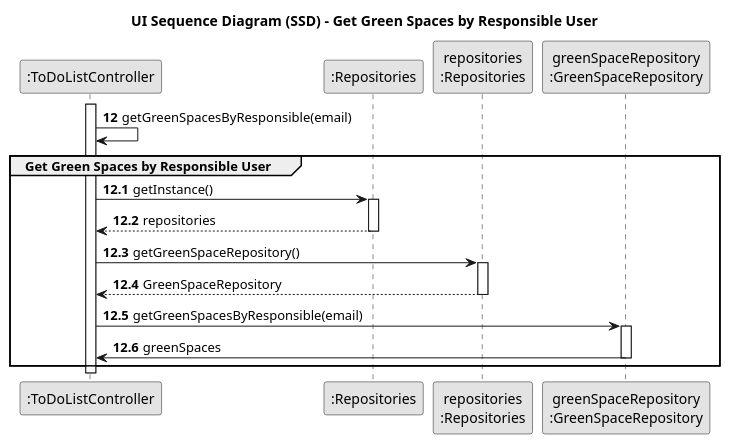
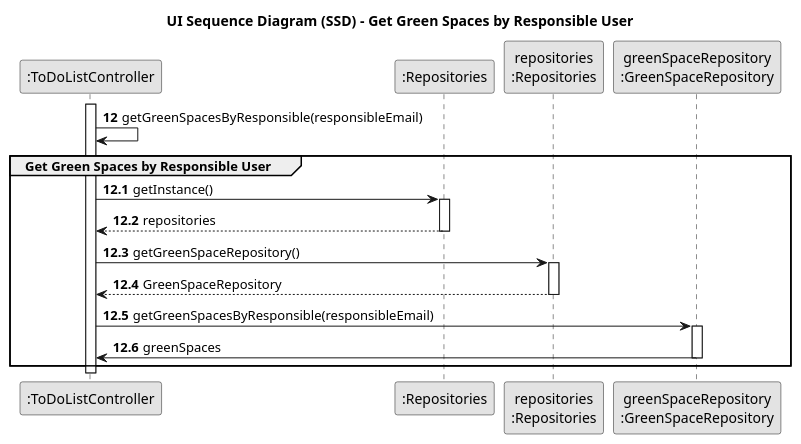
One commit to SAEmanuel/Green_Spaces_Management_ISEP changed the diagram in docs/sprintC/us021/03.design/puml/us021-sequence-diagram-partial-get-green-spaces-by-responsible.puml. Above: the diagram before and after it, drawn with PlantUML. The commit also changed 7 other files, not shown here.

```diff
--- a/docs/sprintC/us021/03.design/puml/us021-sequence-diagram-partial-get-green-spaces-by-responsible.puml
+++ b/docs/sprintC/us021/03.design/puml/us021-sequence-diagram-partial-get-green-spaces-by-responsible.puml
@@ -1,45 +1,45 @@
 @startuml
 skinparam monochrome true
 skinparam packageStyle rectangle
 skinparam shadowing false
 
 title UI Sequence Diagram (SSD) - Get Green Spaces by Responsible User
 
 autonumber
 
 
 participant ":ToDoListController" as CTRL
 participant ":Repositories" as RepositorySingleton
 participant "repositories\n:Repositories" as PLAT
 participant "greenSpaceRepository\n:GreenSpaceRepository" as GREENSpaceRepository
 
 
 
 activate CTRL
 autonumber 12
-CTRL -> CTRL : getGreenSpacesByResponsible(email)
+CTRL -> CTRL : getGreenSpacesByResponsible(responsibleEmail)
 
 group Get Green Spaces by Responsible User
 autonumber 12.1
 CTRL -> RepositorySingleton : getInstance()
 activate RepositorySingleton
 RepositorySingleton --> CTRL: repositories
 deactivate RepositorySingleton
 
 CTRL -> PLAT : getGreenSpaceRepository()
 activate PLAT
 PLAT --> CTRL: GreenSpaceRepository
 deactivate PLAT
 
-CTRL -> GREENSpaceRepository : getGreenSpacesByResponsible(email)
+CTRL -> GREENSpaceRepository : getGreenSpacesByResponsible(responsibleEmail)
 activate GREENSpaceRepository
 GREENSpaceRepository -> CTRL : greenSpaces
 deactivate GREENSpaceRepository
 end
 
 deactivate CTRL
 
 
 
 
 @enduml
```
